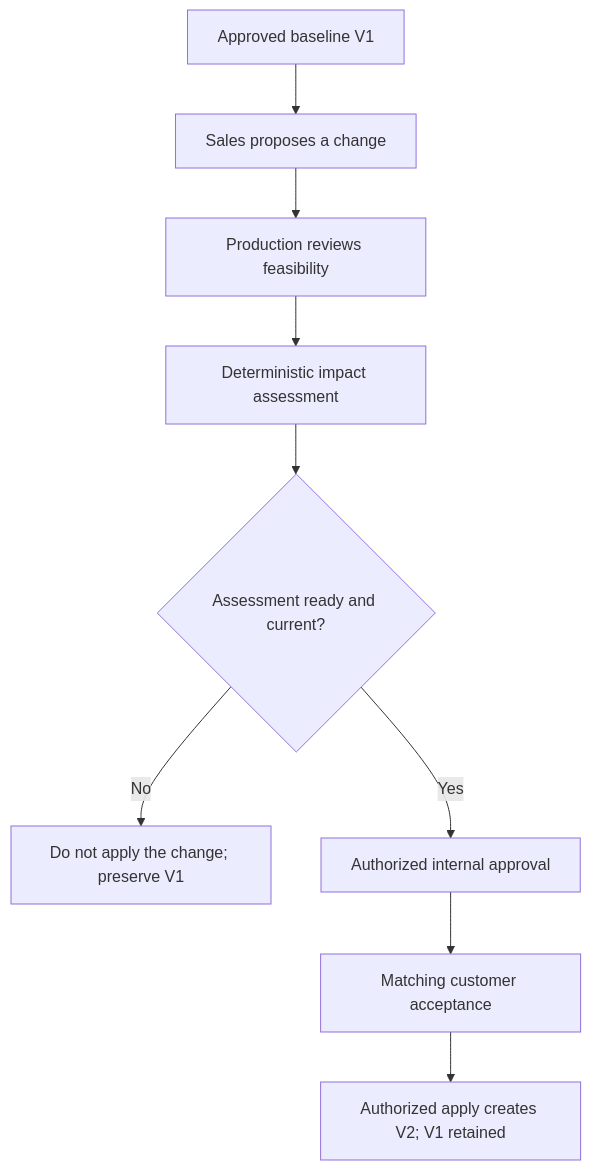
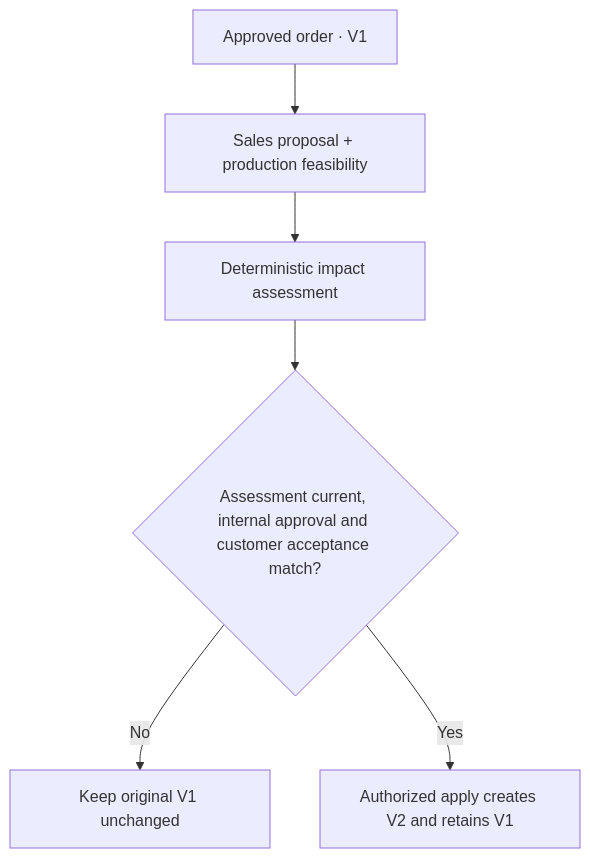
Before and after one commit to butomaya12-wq/handoffguard-ai: the diagram in README.md, drawn with Mermaid. The commit also changed other lines of this file, not shown here.

Commit message:
docs: make walkthrough images readable and shorten workflow diagram

````diff
--- a/README.md
+++ b/README.md
@@ -33,11 +37,8 @@
 ```mermaid
 flowchart TD
-  A["Approved baseline V1"] --> B["Sales proposes a change"]
-  B --> C["Production reviews feasibility"]
-  C --> D["Deterministic impact assessment"]
-  D --> E{"Assessment ready and current?"}
-  E -->|No| F["Do not apply the change; preserve V1"]
-  E -->|Yes| G["Authorized internal approval"]
-  G --> H["Matching customer acceptance"]
-  H --> I["Authorized apply creates V2; V1 retained"]
+  A["Approved order · V1"] --> B["Sales proposal + production feasibility"]
+  B --> C["Deterministic impact assessment"]
+  C --> D{"Assessment current, internal approval and customer acceptance match?"}
+  D -->|No| E["Keep original V1 unchanged"]
+  D -->|Yes| F["Authorized apply creates V2 and retains V1"]
 ```
````
